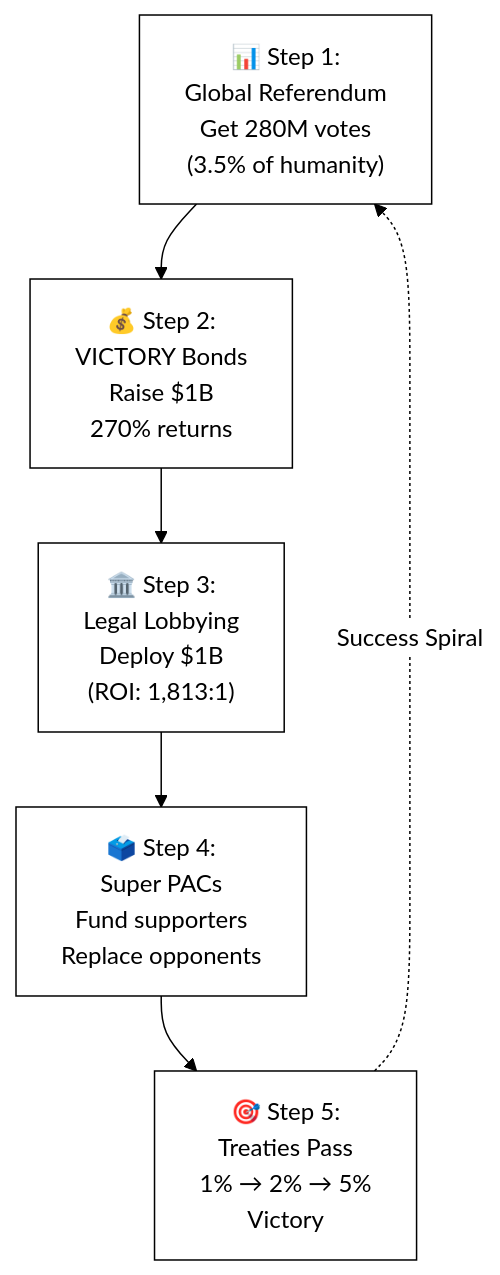
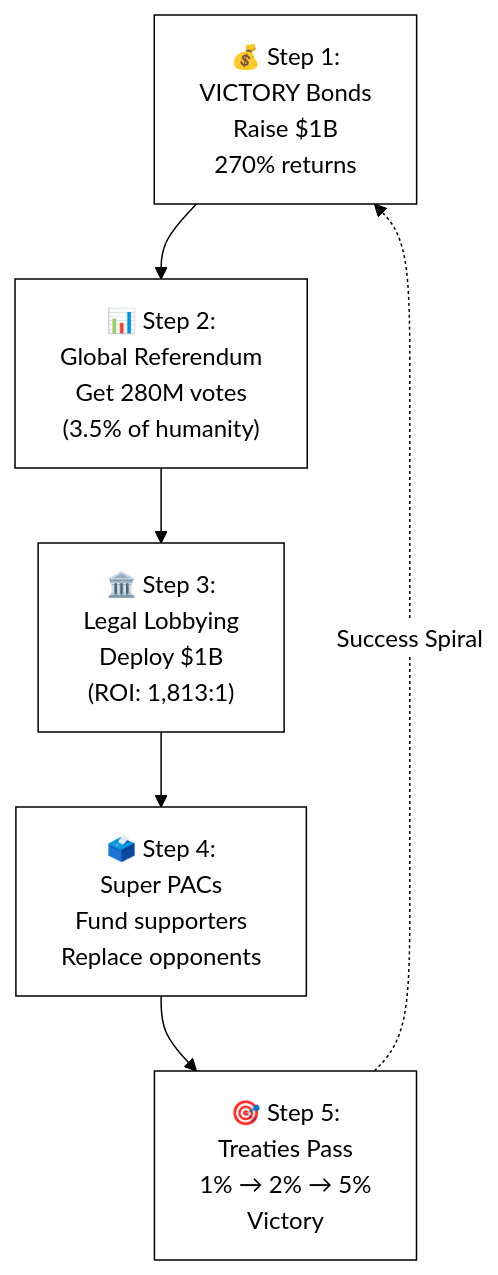
One commit to mikepsinn/disease-eradication-plan changed the diagram in brain/figures/five-step-strategy-flowchart.qmd. Above: the diagram before and after it, drawn with Mermaid. The commit also changed 2 other files, not shown here.

Commit message:
Revise steps in landing-page.qmd and pitch-4-hnwi.qmd to clarify the strategy for the 1% Treaty, emphasizing the sale of VICTORY Bonds and the campaign to mobilize public support. Update flowchart in five-step-strategy-flowchart.qmd to reflect the new sequence of actions. These changes aim to enhance the clarity and impact of the proposed healthcare funding initiative.

````diff
--- a/brain/figures/five-step-strategy-flowchart.qmd
+++ b/brain/figures/five-step-strategy-flowchart.qmd
@@ -1,19 +1,19 @@
 ```{mermaid}
 %%{init: {'theme':'base', 'themeVariables': { 'primaryColor':'#fff', 'primaryTextColor':'#000', 'primaryBorderColor':'#000', 'lineColor':'#000', 'secondaryColor':'#fff', 'tertiaryColor':'#fff', 'clusterBkg':'#fff', 'clusterBorder':'#000', 'edgeLabelBackground':'#fff', 'fontFamily':'Courier New, monospace'}}}%%
 flowchart TD
-    Step1["📊 Step 1:<br/>Global Referendum<br/>Get 280M votes<br/>(3.5% of humanity)"]
+    Step1["💰 Step 1:<br/>VICTORY Bonds<br/>Raise $1B<br/>270% returns"]
 
-    Step2["💰 Step 2:<br/>VICTORY Bonds<br/>Raise $1B<br/>270% returns"]
+    Step2["📊 Step 2:<br/>Global Referendum<br/>Get 280M votes<br/>(3.5% of humanity)"]
 
     Step3["🏛️ Step 3:<br/>Legal Lobbying<br/>Deploy $1B<br/>(ROI: 1,813:1)"]
 
     Step4["🗳️ Step 4:<br/>Super PACs<br/>Fund supporters<br/>Replace opponents"]
 
     Step5["🎯 Step 5:<br/>Treaties Pass<br/>1% → 2% → 5%<br/>Victory"]
 
     Step1 --> Step2
     Step2 --> Step3
     Step3 --> Step4
     Step4 --> Step5
     Step5 -.->|"Success Spiral"| Step1
 ```
````
